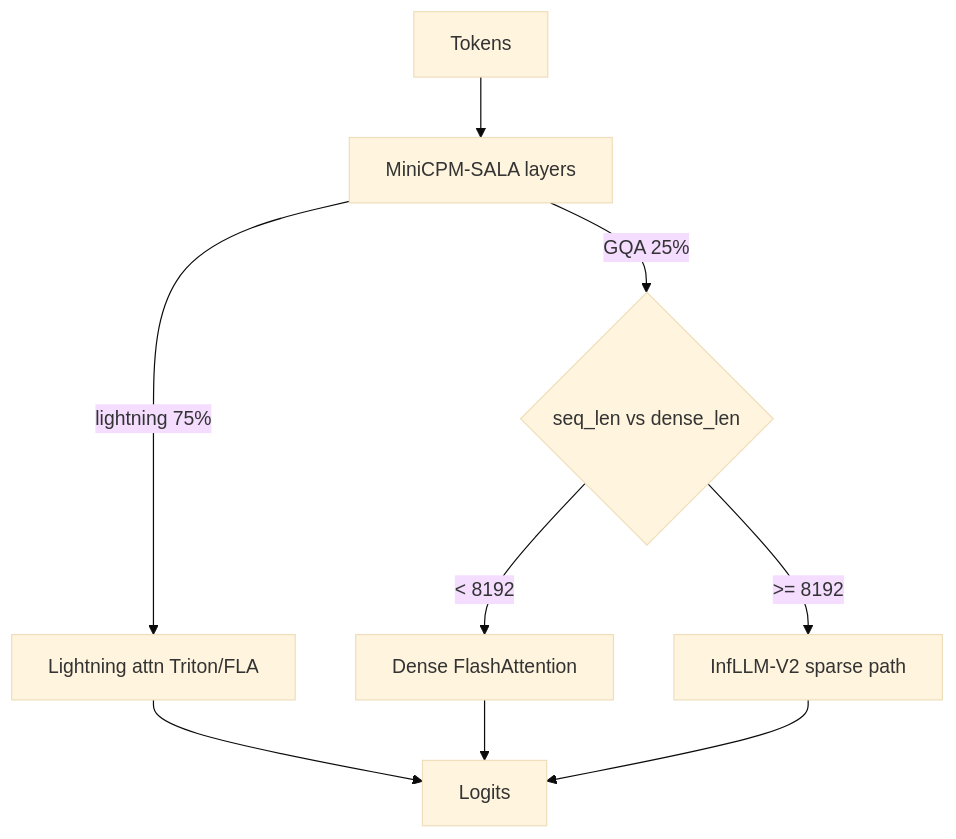
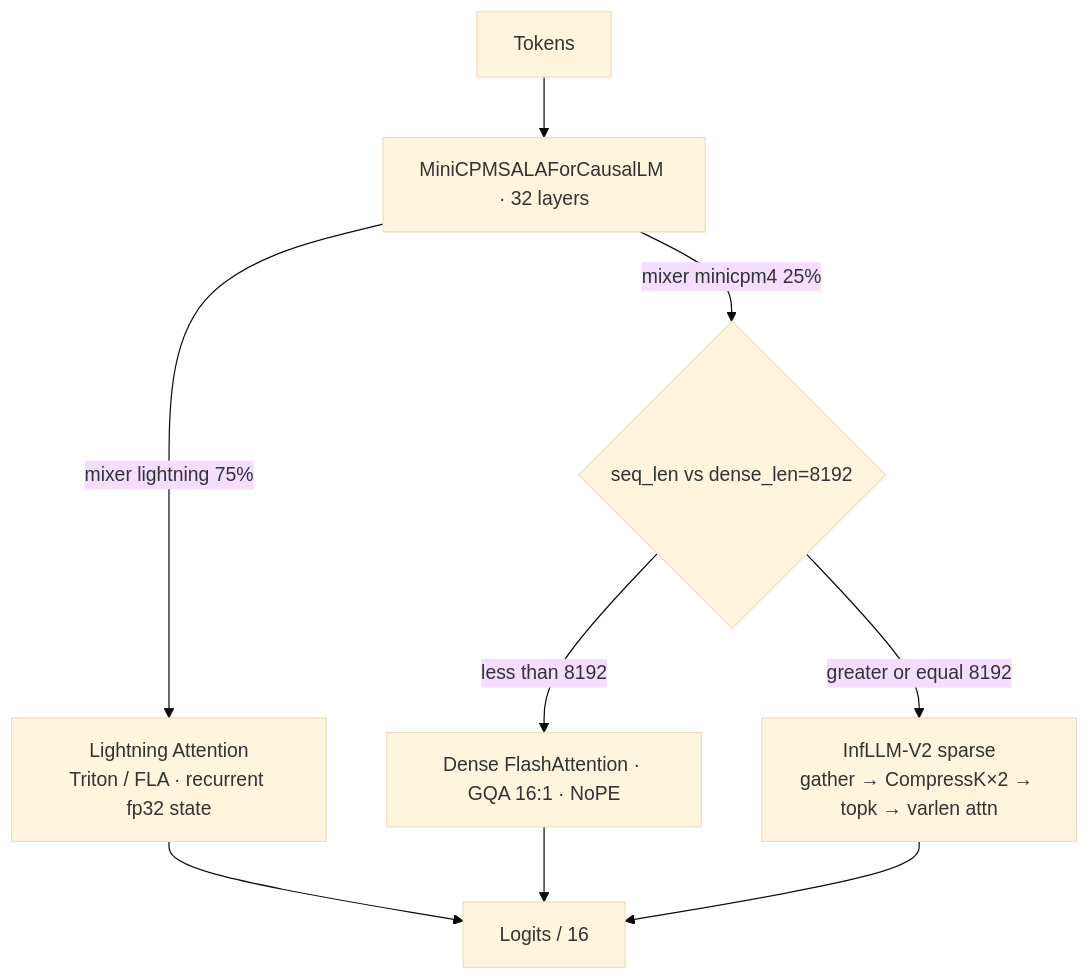
One commit to ArchanaChetan07/vLLM-HybridAttn changed the fifth of 8 diagrams in README.md. Above: the diagram before and after it, drawn with Mermaid (base theme). The commit also changed other lines of this file, not shown here.

Commit message:
docs: FAANG-ready README with validation evidence, architecture diagrams, honest gates

````diff
--- a/README.md
+++ b/README.md
@@ -28,11 +134,11 @@
 ```mermaid
 flowchart TB
-  IN[Tokens] --> M[MiniCPM-SALA layers]
-  M -->|lightning 75%| L[Lightning attn Triton/FLA]
-  M -->|GQA 25%| G{seq_len vs dense_len}
-  G -->|< 8192| D[Dense FlashAttention]
-  G -->|>= 8192| S[InfLLM-V2 sparse path]
-  L --> OUT[Logits]
+  IN[Tokens] --> M[MiniCPMSALAForCausalLM · 32 layers]
+  M -->|mixer lightning 75%| L[Lightning Attention<br/>Triton / FLA · recurrent fp32 state]
+  M -->|mixer minicpm4 25%| G{seq_len vs dense_len=8192}
+  G -->|less than 8192| D[Dense FlashAttention · GQA 16:1 · NoPE]
+  G -->|greater or equal 8192| S[InfLLM-V2 sparse<br/>gather → CompressK×2 → topk → varlen attn]
+  L --> OUT[Logits / 16]
   D --> OUT
   S --> OUT
 ```
````
